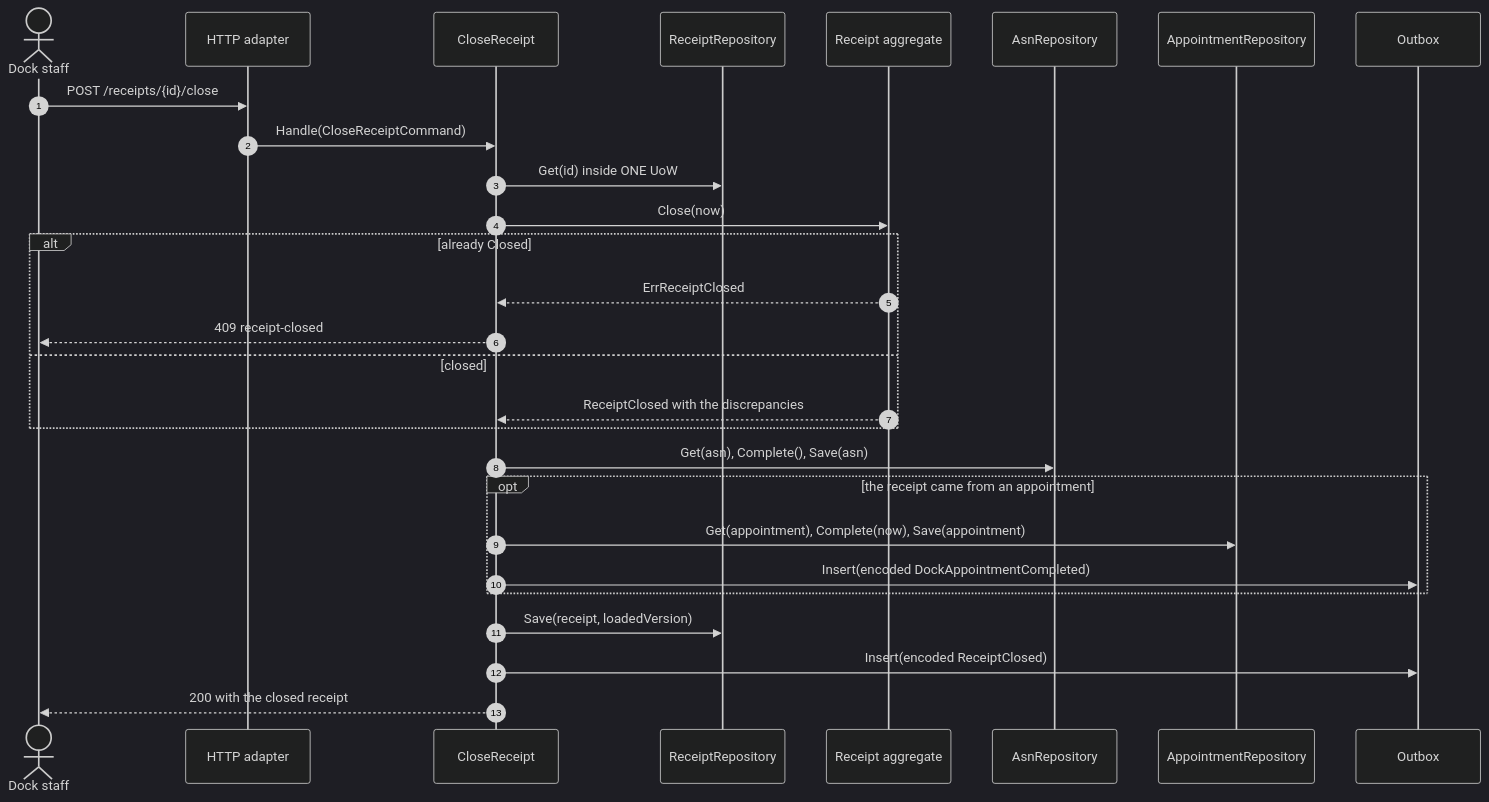
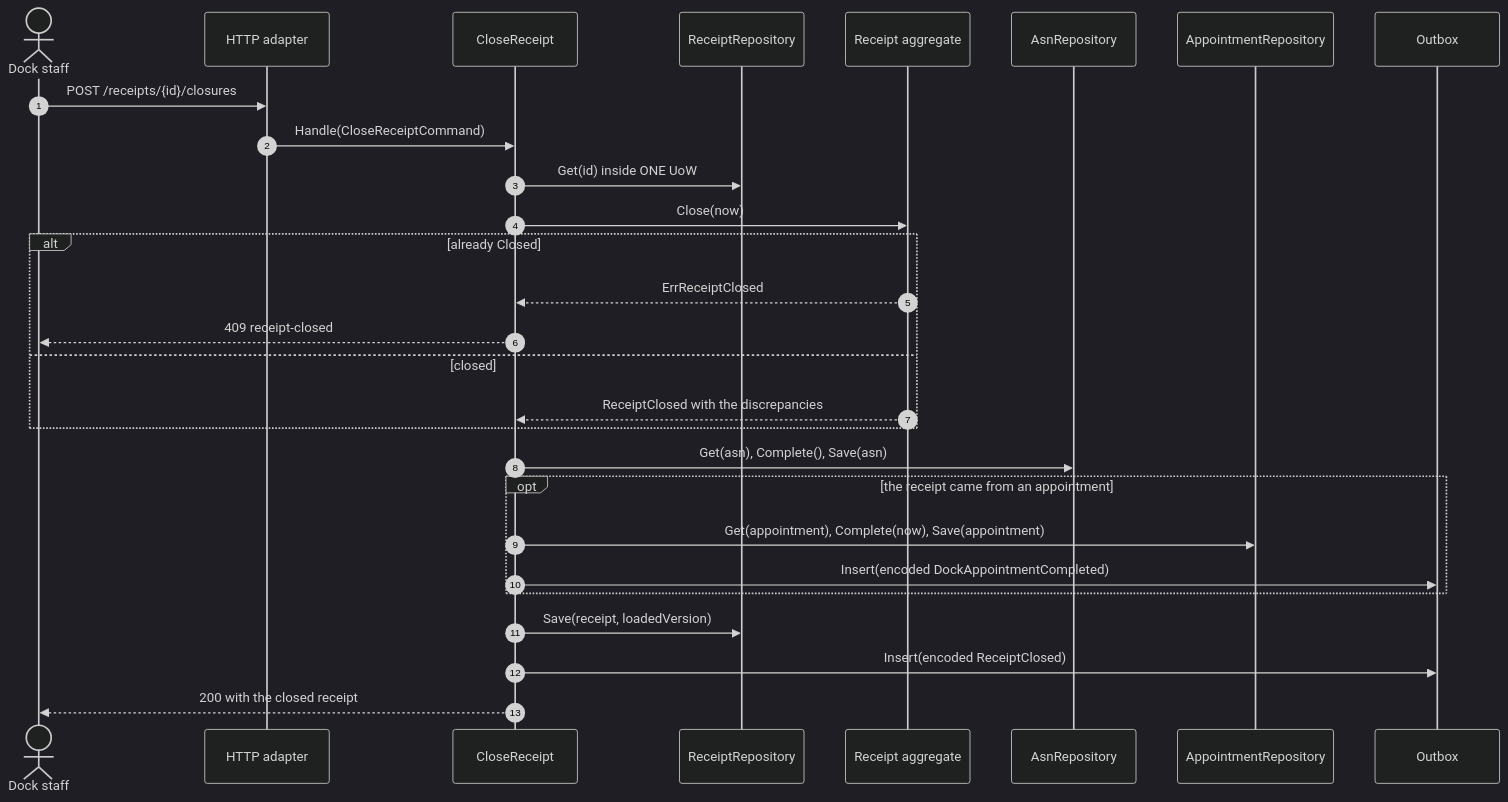
Before and after one commit to IQVO/warehouse-docs: the sixth of 8 diagrams in docs/contexts/inbound-receiving/sequence-diagrams.md, drawn with Mermaid (dark theme). The commit also changed other lines of this file and 272 other files, not shown here.

````diff
--- a/docs/contexts/inbound-receiving/sequence-diagrams.md
+++ b/docs/contexts/inbound-receiving/sequence-diagrams.md
@@ -261,31 +261,31 @@
 ```mermaid
 sequenceDiagram
   autonumber
   actor Dock as Dock staff
   participant H as HTTP adapter
   participant UC as CloseReceipt
   participant RR as ReceiptRepository
   participant RC as Receipt aggregate
   participant AR as AsnRepository
   participant PR as AppointmentRepository
   participant O as Outbox
 
-  Dock->>H: POST /receipts/{id}/close
+  Dock->>H: POST /receipts/{id}/closures
   H->>UC: Handle(CloseReceiptCommand)
   UC->>RR: Get(id) inside ONE UoW
   UC->>RC: Close(now)
   alt already Closed
     RC-->>UC: ErrReceiptClosed
     UC-->>Dock: 409 receipt-closed
   else closed
     RC-->>UC: ReceiptClosed with the discrepancies
   end
   UC->>AR: Get(asn), Complete(), Save(asn)
   opt the receipt came from an appointment
     UC->>PR: Get(appointment), Complete(now), Save(appointment)
     UC->>O: Insert(encoded DockAppointmentCompleted)
   end
   UC->>RR: Save(receipt, loadedVersion)
   UC->>O: Insert(encoded ReceiptClosed)
   UC-->>Dock: 200 with the closed receipt
 ```
````
